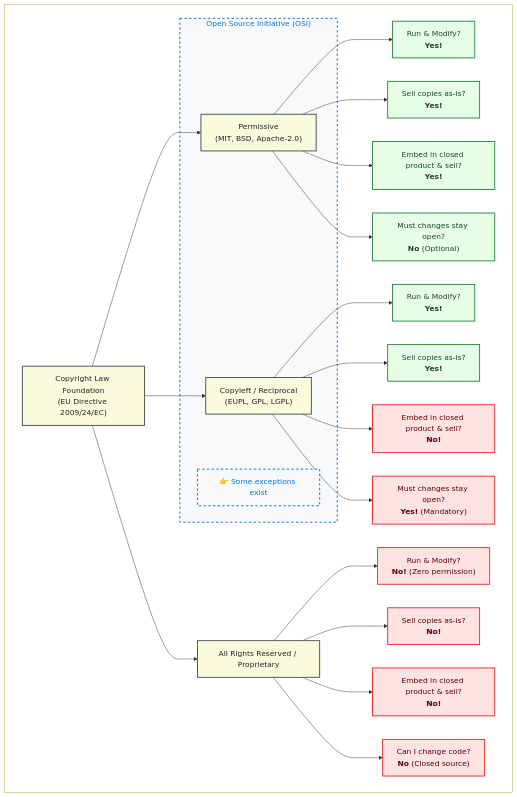
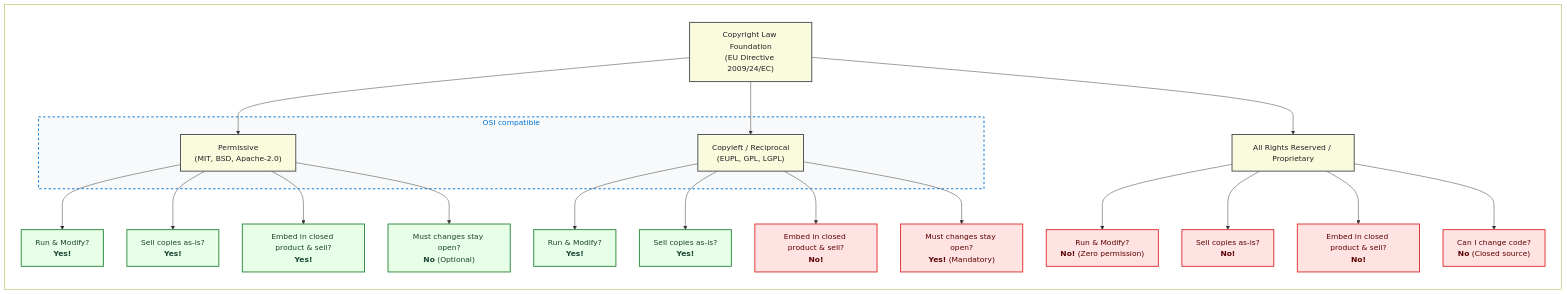
The diagram in content/software-licensing.md (coderefinery/social-coding), drawn with Mermaid before and after one commit.

Commit message:
Change mermaid direction

````diff
--- a/content/software-licensing.md
+++ b/content/software-licensing.md
@@ -90,41 +90,40 @@
 ```{mermaid}
-   flowchart TB
+   flowchart LR
      subgraph box[ ]
        A["Copyright Law Foundation<br/>(EU Directive 2009/24/EC)"] --> B["Permissive<br/>(MIT, BSD, Apache-2.0)"]
        A --> C["Copyleft / Reciprocal<br/>(EUPL, GPL, LGPL)"]
        A --> D["All Rights Reserved / Proprietary"]
    
        B --> B1["Run & Modify?<br/><b>Yes!</b>"]
        B --> B2["Sell copies as-is?<br/><b>Yes!</b>"]
        B --> B3["Embed in closed product & sell?<br/><b>Yes!</b>"]
        B --> B4["Must changes stay open?<br/><b>No</b> (Optional)"]
    
        C --> C1["Run & Modify?<br/><b>Yes!</b>"]
        C --> C2["Sell copies as-is?<br/><b>Yes!</b>"]
        C --> C3["Embed in closed product & sell?<br/><b>No!</b>"]
        C --> C4["Must changes stay open?<br/><b>Yes!</b> (Mandatory)"]
    
        D --> D1["Run & Modify?<br/><b>No!</b> (Zero permission)"]
        D --> D2["Sell copies as-is?<br/><b>No!</b>"]
        D --> D3["Embed in closed product & sell?<br/><b>No!</b>"]
        D --> D4["Can I change code?<br/><b>No</b> (Closed source)"]
-       subgraph osi["Open Source Initiative (OSI)"]
-           osi_H["👉 Some exceptions exist"]
+       subgraph osi["OSI compatible"]
            B["Permissive<br/>(MIT, BSD, Apache-2.0)"]
            C["Copyleft / Reciprocal<br/>(EUPL, GPL, LGPL)"]
          end
      end
        classDef permissive fill:#e6ffe6,stroke:#2b8a3e,stroke-width:2px,color:#1b4332;
        classDef copyleft fill:#fff9db,stroke:#f59f00,stroke-width:2px,color:#5c3c00;
        classDef proprietary fill:#ffe3e3,stroke:#e03131,stroke-width:2px,color:#5c0000;
        classDef header fill:#f8f9fa,stroke:#495057,stroke-width:2px,color:#212529;
        classDef mains fill:#fafadc,stroke:#495057,stroke-width:2px,color:#212529;
-        classDef osiBox fill:#f8f9fa,stroke:#0275d8,stroke-width:2px,stroke-dasharray: 5 5,color:#0275d8;
+       classDef osiBox fill:#f8f9fa,stroke:#0275d8,stroke-width:2px,stroke-dasharray: 5 5,color:#0275d8;
        classDef box fill:#ffffff;
        class B1,B2,B3,B4,C1,C2 permissive;
        class C3,C4,D1,D2,D3,D4 proprietary;
        class box box; 
        class A,B,C,D mains;
-       class osi_H,osi osiBox;
+       class osi osiBox;
 
 ```
````
